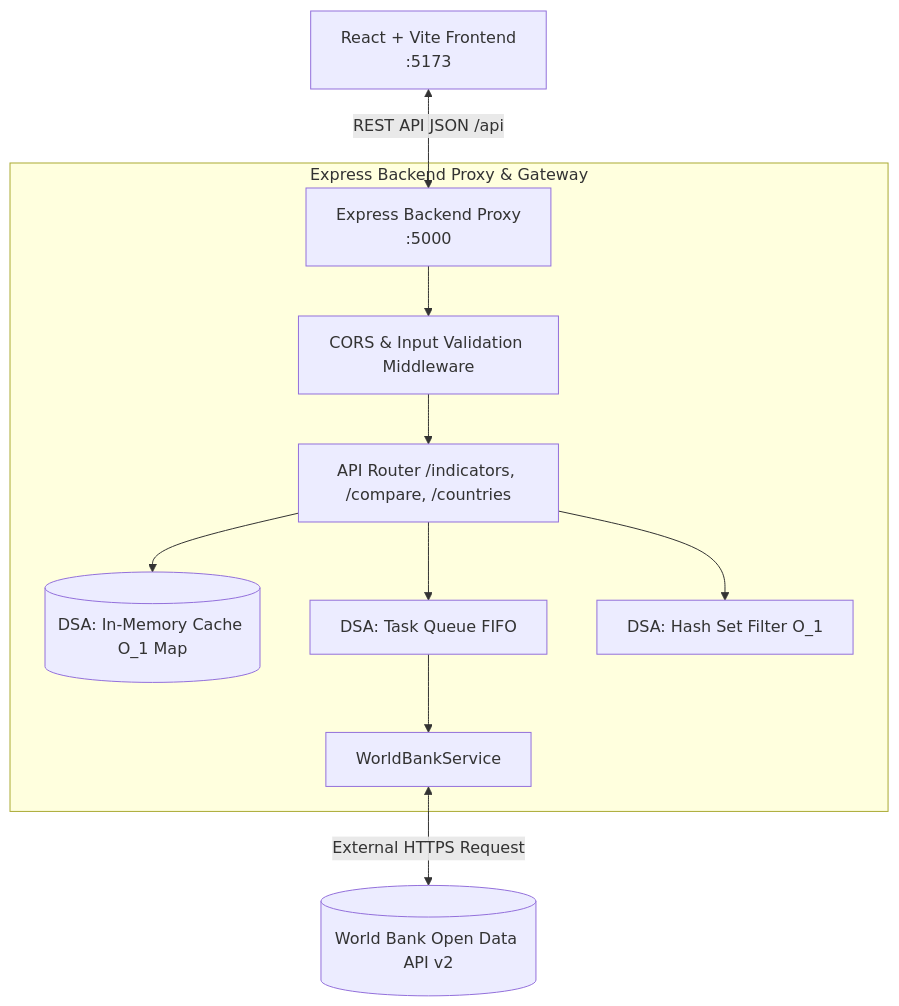
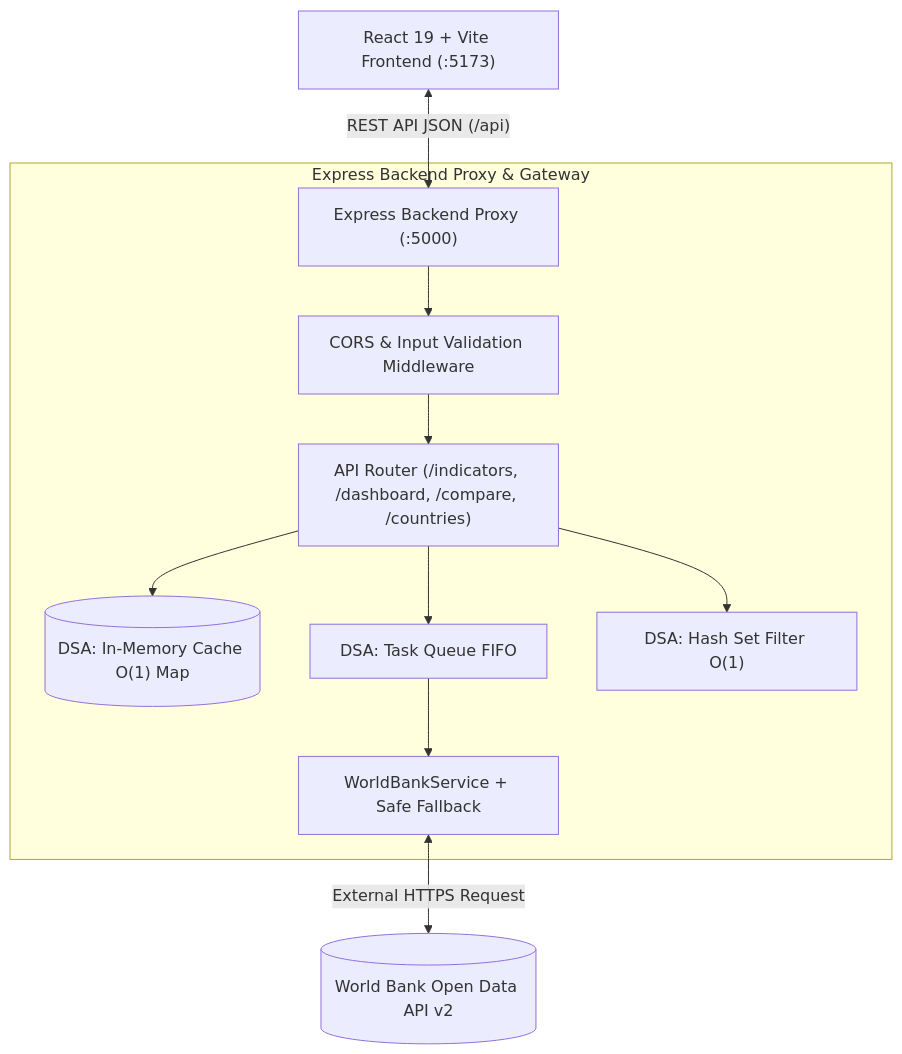
The diagram in README.md (Apirak001/ZoneZet-Version-2), drawn with Mermaid before and after one commit. The commit also changed other lines of this file, not shown here.

````diff
--- a/README.md
+++ b/README.md
@@ -44,15 +44,15 @@
 ```mermaid
 graph TD
-    Client[React + Vite Frontend\n:5173] <-->|REST API JSON /api| ExpressServer[Express Backend Proxy\n:5000]
+    Client["React 19 + Vite Frontend (:5173)"] <-->|"REST API JSON (/api)"| ExpressServer["Express Backend Proxy (:5000)"]
     
     subgraph Express Backend Proxy & Gateway
-        ExpressServer --> Middleware[CORS & Input Validation Middleware]
-        Middleware --> Router[API Router /indicators, /compare, /countries]
-        Router --> Cache[(DSA: In-Memory Cache O_1 Map)]
-        Router --> Queue[DSA: Task Queue FIFO]
-        Router --> SetFilter[DSA: Hash Set Filter O_1]
-        Queue --> WBService[WorldBankService]
+        ExpressServer --> Middleware["CORS & Input Validation Middleware"]
+        Middleware --> Router["API Router (/indicators, /dashboard, /compare, /countries)"]
+        Router --> Cache[("DSA: In-Memory Cache O(1) Map")]
+        Router --> Queue["DSA: Task Queue FIFO"]
+        Router --> SetFilter["DSA: Hash Set Filter O(1)"]
+        Queue --> WBService["WorldBankService + Safe Fallback"]
     end
 
-    WBService <-->|External HTTPS Request| ExternalAPI[(World Bank Open Data API v2)]
+    WBService <-->|"External HTTPS Request"| ExternalAPI[("World Bank Open Data API v2")]
 ```
````
